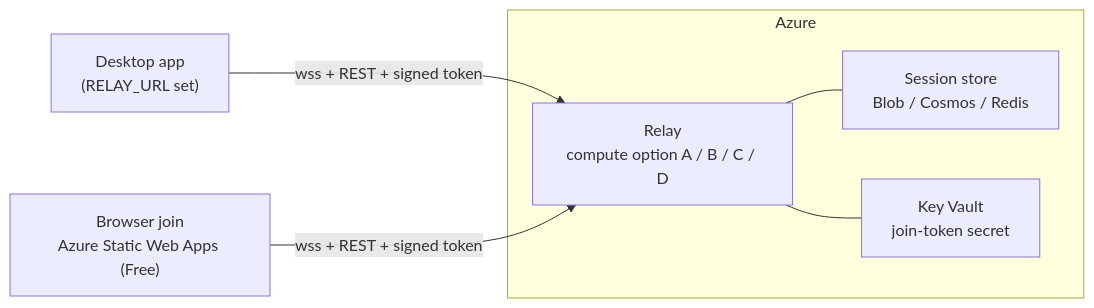
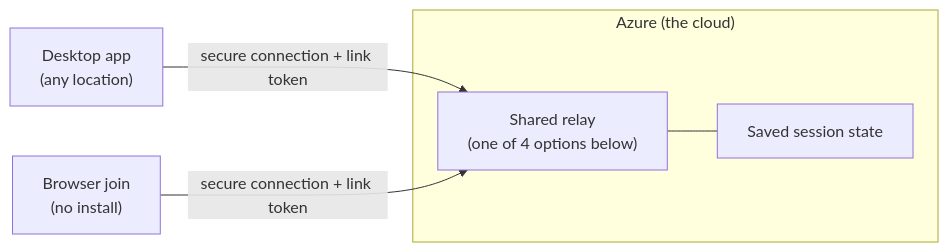
Before and after one commit to WhiTeXCharGe/TF_Testing: the second of 9 diagrams in GanttChartEditor/GanttChartEditor_OnlineCollabAzure_Presentation20260904.md, drawn with Mermaid. The commit also changed other lines of this file and 1 other file, not shown here.

First line of the commit message:
Rewrite online-collab Azure presentation for a non-technical audience; add JP version

````diff
--- a/GanttChartEditor/GanttChartEditor_OnlineCollabAzure_Presentation20260904.md
+++ b/GanttChartEditor/GanttChartEditor_OnlineCollabAzure_Presentation20260904.md
@@ -38,14 +38,12 @@
 ```mermaid
 flowchart LR
-  D["Desktop app<br/>(RELAY_URL set)"]
-  W["Browser join<br/>Azure Static Web Apps (Free)"]
-  subgraph azure["Azure"]
-    R["Relay<br/>compute option A / B / C / D"]
-    ST["Session store<br/>Blob / Cosmos / Redis"]
-    KV["Key Vault<br/>join-token secret"]
+  D["Desktop app<br/>(any location)"]
+  W["Browser join<br/>(no install)"]
+  subgraph azure["Azure (the cloud)"]
+    R["Shared relay<br/>(one of 4 options below)"]
+    ST["Saved session state"]
     R --- ST
-    R --- KV
   end
-  D -- "wss + REST + signed token" --> R
-  W -- "wss + REST + signed token" --> R
+  D -- "secure connection + link token" --> R
+  W -- "secure connection + link token" --> R
 ```
````
